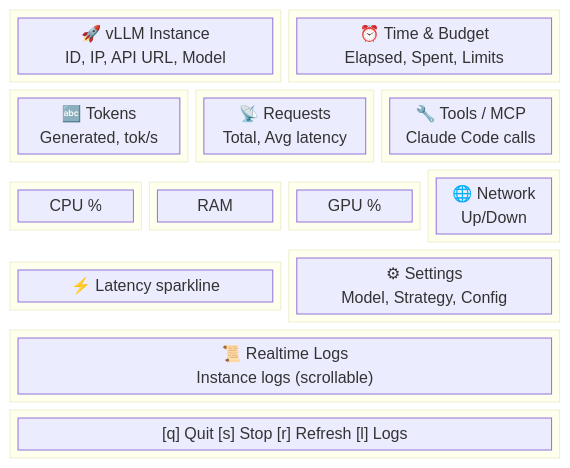
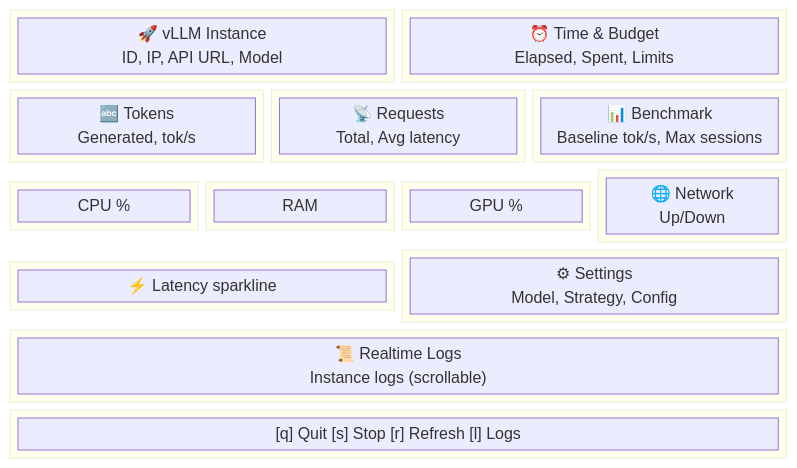
Before and after one commit to magicpro97/vllm-deploy: the diagram in docs/dashboard.md, drawn with Mermaid. The commit also changed other lines of this file and 3 other files, not shown here.

````diff
--- a/docs/dashboard.md
+++ b/docs/dashboard.md
@@ -19,49 +19,49 @@
 ```mermaid
 block-beta
   columns 12
 
   block:header:6
     A["🚀 vLLM Instance\nID, IP, API URL, Model"]
   end
   block:time:6
     B["⏰ Time & Budget\nElapsed, Spent, Limits"]
   end
 
   block:tokens:4
     C["🔤 Tokens\nGenerated, tok/s"]
   end
   block:requests:4
     D["📡 Requests\nTotal, Avg latency"]
   end
   block:tools:4
-    E["🔧 Tools / MCP\nClaude Code calls"]
+    E["📊 Benchmark\nBaseline tok/s, Max sessions"]
   end
 
   block:cpu:3
     F["CPU %"]
   end
   block:ram:3
     G["RAM"]
   end
   block:gpu:3
     H["GPU %"]
   end
   block:net:3
     I["🌐 Network\nUp/Down"]
   end
 
   block:latency:6
     J["⚡ Latency sparkline"]
   end
   block:settings:6
     K["⚙ Settings\nModel, Strategy, Config"]
   end
 
   block:logs:12
     L2["📜 Realtime Logs\nInstance logs (scrollable)"]
   end
 
   block:hotkeys:12
     L["[q] Quit  [s] Stop  [r] Refresh  [l] Logs"]
   end
 ```
````
